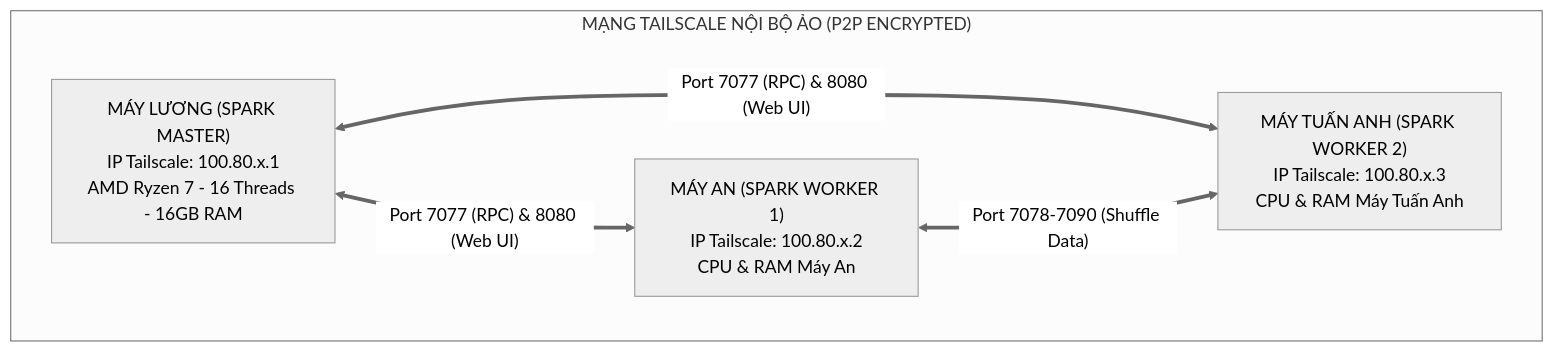
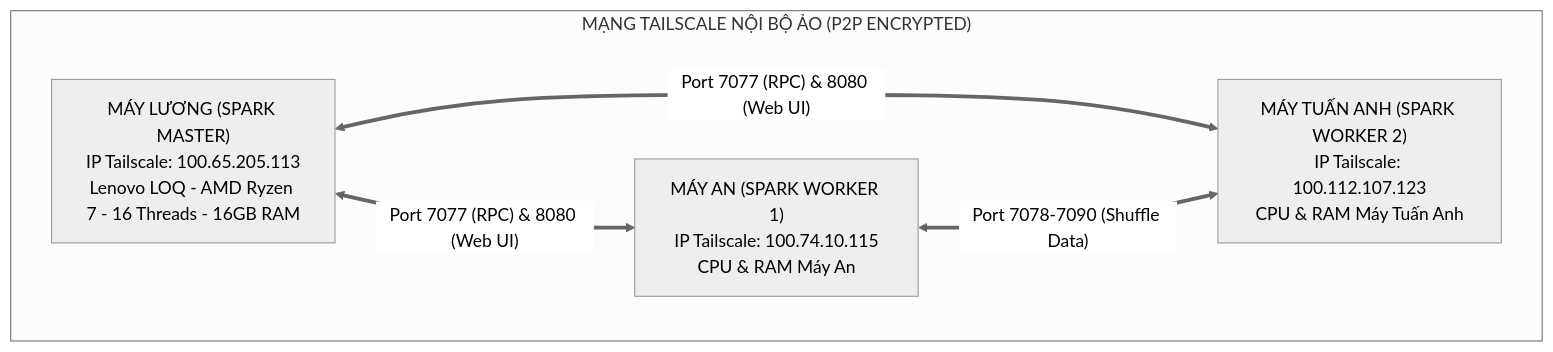
One commit to Okeydokey8525/BigData changed the diagram in doc/14_HUONG_DAN_TRIEN_KHAI_SPARK_CLUSTER_3_LAPTOP_TAILSCALE.md. Above: the diagram before and after it, drawn with Mermaid (neutral theme). The commit also changed other lines of this file and 92 other files, not shown here.

````diff
--- a/doc/14_HUONG_DAN_TRIEN_KHAI_SPARK_CLUSTER_3_LAPTOP_TAILSCALE.md
+++ b/doc/14_HUONG_DAN_TRIEN_KHAI_SPARK_CLUSTER_3_LAPTOP_TAILSCALE.md
@@ -16,12 +16,12 @@
 ```mermaid
 graph TD
     subgraph "MẠNG TAILSCALE NỘI BỘ ẢO (P2P ENCRYPTED)"
-        L["MÁY LƯƠNG (SPARK MASTER)<br>IP Tailscale: 100.80.x.1<br>AMD Ryzen 7 - 16 Threads - 16GB RAM"]
-        A["MÁY AN (SPARK WORKER 1)<br>IP Tailscale: 100.80.x.2<br>CPU & RAM Máy An"]
-        TA["MÁY TUẤN ANH (SPARK WORKER 2)<br>IP Tailscale: 100.80.x.3<br>CPU & RAM Máy Tuấn Anh"]
+        L["MÁY LƯƠNG (SPARK MASTER)<br>IP Tailscale: 100.65.205.113<br>Lenovo LOQ - AMD Ryzen 7 - 16 Threads - 16GB RAM"]
+        A["MÁY AN (SPARK WORKER 1)<br>IP Tailscale: 100.74.10.115<br>CPU & RAM Máy An"]
+        TA["MÁY TUẤN ANH (SPARK WORKER 2)<br>IP Tailscale: 100.112.107.123<br>CPU & RAM Máy Tuấn Anh"]
 
         L <== "Port 7077 (RPC) & 8080 (Web UI)" ==> A
         L <== "Port 7077 (RPC) & 8080 (Web UI)" ==> TA
         A <== "Port 7078-7090 (Shuffle Data)" ==> TA
     end
 ```
````
